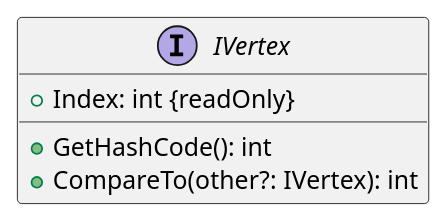
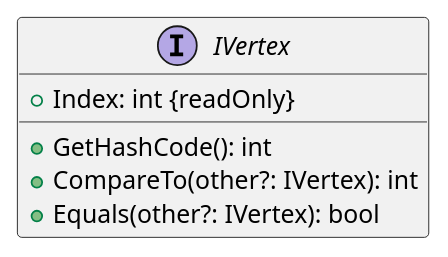
One commit to Sergho/circuits changed the diagram in presentation/architecture/puml/domain/IVertex.puml. Above: the diagram before and after it, drawn with PlantUML. The commit also changed 30 other files, not shown here.

Commit message:
refactor to uml diagram

```diff
--- a/presentation/architecture/puml/domain/IVertex.puml
+++ b/presentation/architecture/puml/domain/IVertex.puml
@@ -1,9 +1,10 @@
 @startuml IVertex
 
 interface IVertex {
     + Index: int {readOnly}
     + GetHashCode(): int
     + CompareTo(other?: IVertex): int
+    + Equals(other?: IVertex): bool
 }
 
 @enduml
```
